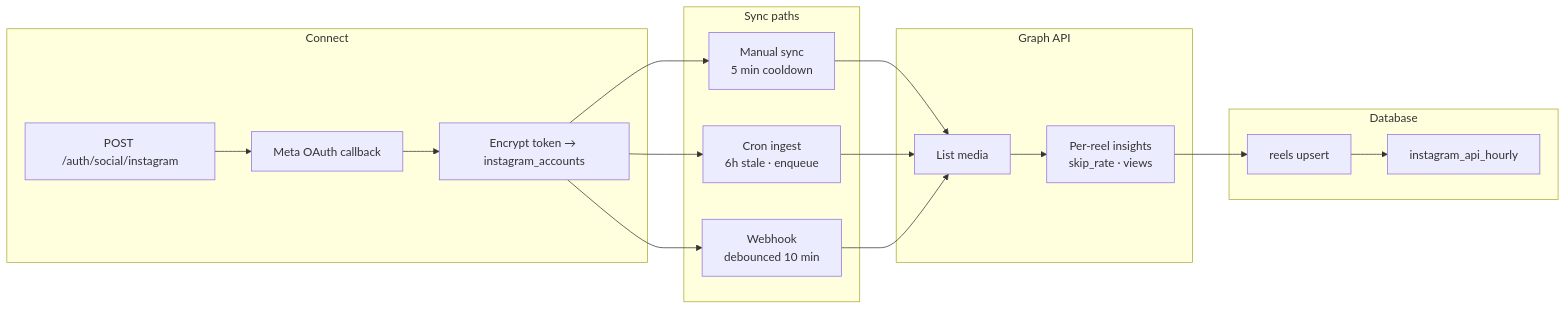
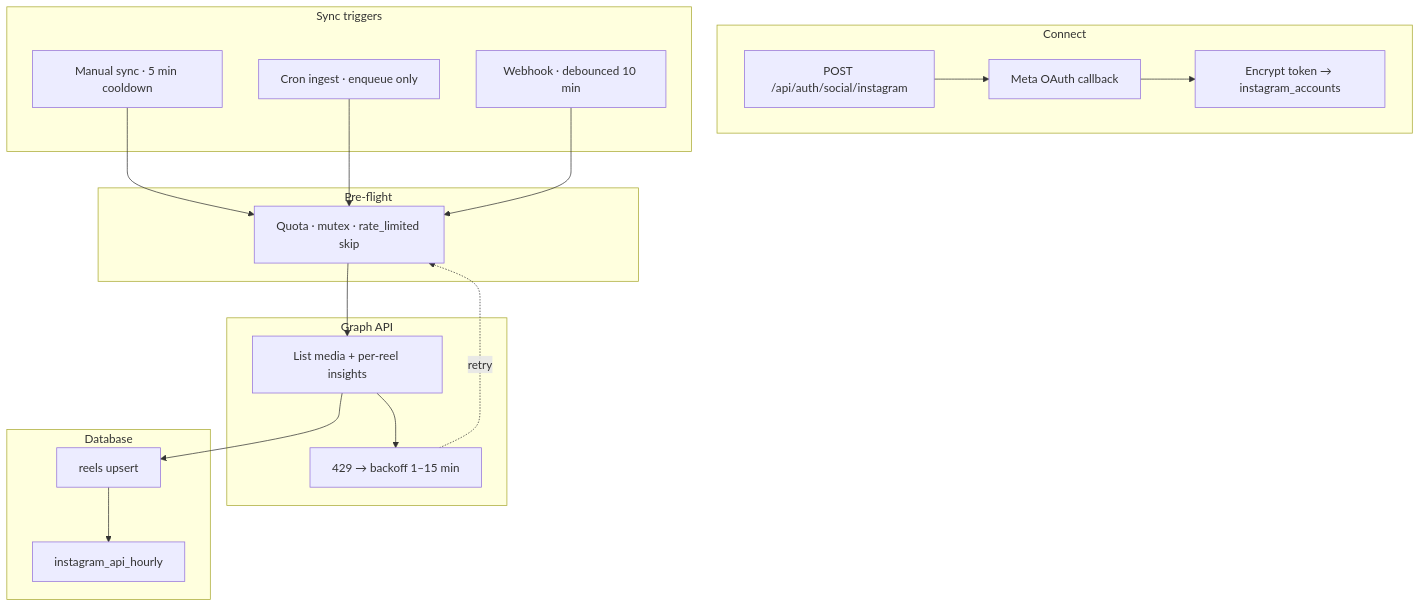
The first of 3 diagrams in seabs-phase-execution-playbook.md (Jainam2848/ReelMetrics), drawn with Mermaid before and after one commit. The commit also changed other lines of this file and 7 other files, not shown here.

First line of the commit message:
docs: align Mermaid diagrams across docs, spec, and playbook

````diff
--- a/seabs-phase-execution-playbook.md
+++ b/seabs-phase-execution-playbook.md
@@ -955,27 +957,37 @@
 ```mermaid
-flowchart LR
+flowchart TB
     subgraph Connect["Connect"]
-        O1["POST /auth/social/instagram"]
+        O1["POST /api/auth/social/instagram"]
         O2["Meta OAuth callback"]
         O3["Encrypt token → instagram_accounts"]
     end
 
-    subgraph Sync["Sync paths"]
-        S1["Manual sync<br/>5 min cooldown"]
-        S2["Cron ingest<br/>6h stale · enqueue"]
-        S3["Webhook<br/>debounced 10 min"]
+    subgraph Sync["Sync triggers"]
+        S1["Manual sync · 5 min cooldown"]
+        S2["Cron ingest · enqueue only"]
+        S3["Webhook · debounced 10 min"]
+    end
+
+    subgraph Guards["Pre-flight"]
+        G1["Quota · mutex · rate_limited skip"]
     end
 
     subgraph Graph["Graph API"]
-        G1["List media"]
-        G2["Per-reel insights<br/>skip_rate · views"]
+        G2["List media + per-reel insights"]
+        G3["429 → backoff 1–15 min"]
     end
 
     subgraph Store["Database"]
         D1["reels upsert"]
         D2["instagram_api_hourly"]
     end
 
-    O1 --> O2 --> O3 --> S1 & S2 & S3
-    S1 & S2 & S3 --> G1 --> G2 --> D1 --> D2
+    O1 --> O2 --> O3
+    S1 --> G1
+    S2 --> G1
+    S3 --> G1
+    G1 --> G2
+    G2 --> G3
+    G3 -.->|retry| G1
+    G2 --> D1 --> D2
 ```
````
